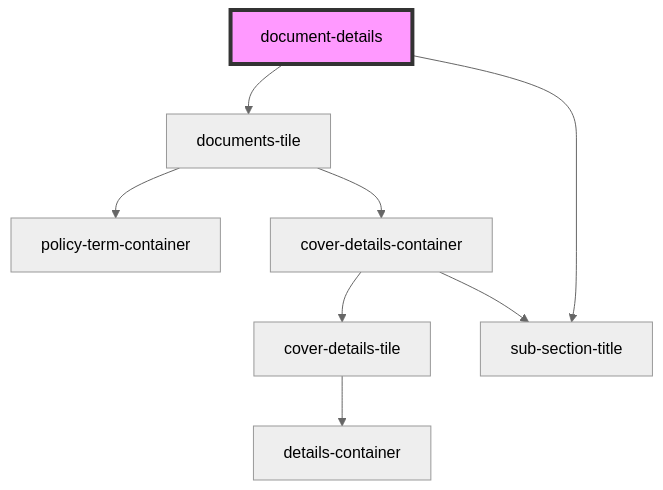
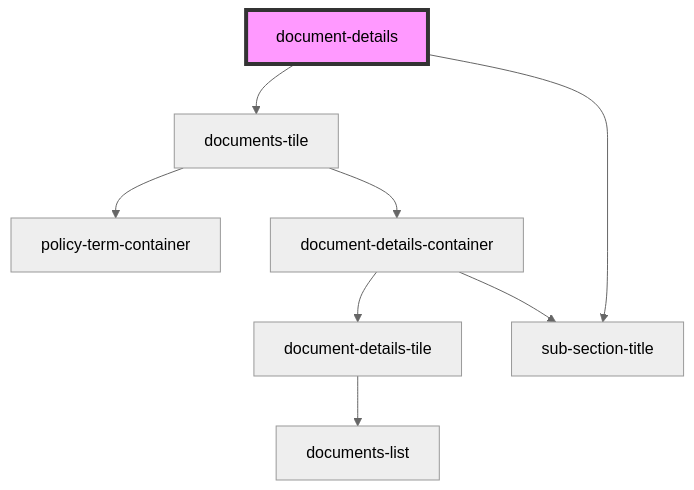
Before and after one commit to Cardiff-Ook/poc-component-library: the diagram in docs/components/page-layout/document-details/readme.md, drawn with Mermaid (neutral theme). The commit also changed 31 other files, not shown here.

Commit message:
Documents list container working, just need to add document tiles now

````diff
--- a/docs/components/page-layout/document-details/readme.md
+++ b/docs/components/page-layout/document-details/readme.md
@@ -23,11 +23,11 @@
 ```mermaid
 graph TD;
   document-details --> documents-tile
   document-details --> sub-section-title
   documents-tile --> policy-term-container
-  documents-tile --> cover-details-container
-  cover-details-container --> cover-details-tile
-  cover-details-container --> sub-section-title
-  cover-details-tile --> details-container
+  documents-tile --> document-details-container
+  document-details-container --> document-details-tile
+  document-details-container --> sub-section-title
+  document-details-tile --> documents-list
   style document-details fill:#f9f,stroke:#333,stroke-width:4px
 ```
````
